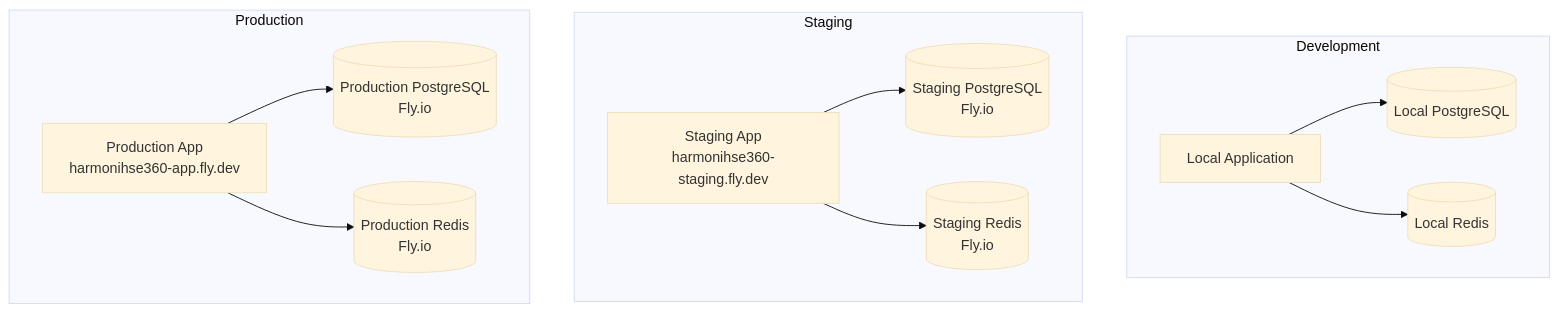
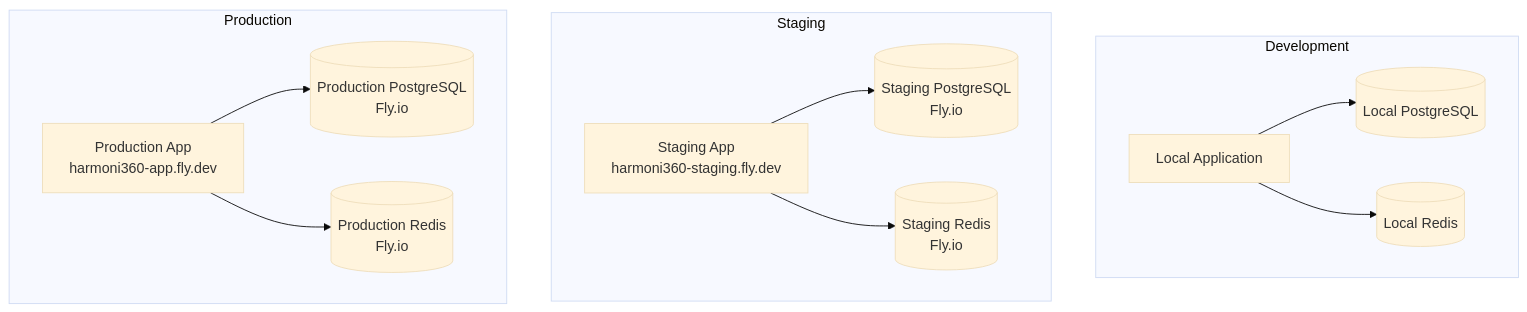
The diagram in docs/Deployment/Environment_Configuration.md (risky-biz/harmoni-hse-360), drawn with Mermaid (base theme) before and after one commit. The commit also changed other lines of this file and 842 other files, not shown here.

````diff
--- a/docs/Deployment/Environment_Configuration.md
+++ b/docs/Deployment/Environment_Configuration.md
@@ -11,27 +11,27 @@
 ```mermaid
 graph TB
     subgraph "Development"
         DEV_APP[Local Application]
         DEV_DB[(Local PostgreSQL)]
         DEV_REDIS[(Local Redis)]
     end
     
     subgraph "Staging"
-        STAGE_APP[Staging App<br/>harmonihse360-staging.fly.dev]
+        STAGE_APP[Staging App<br/>harmoni360-staging.fly.dev]
         STAGE_DB[(Staging PostgreSQL<br/>Fly.io)]
         STAGE_REDIS[(Staging Redis<br/>Fly.io)]
     end
     
     subgraph "Production"
-        PROD_APP[Production App<br/>harmonihse360-app.fly.dev]
+        PROD_APP[Production App<br/>harmoni360-app.fly.dev]
         PROD_DB[(Production PostgreSQL<br/>Fly.io)]
         PROD_REDIS[(Production Redis<br/>Fly.io)]
     end
     
     DEV_APP --> DEV_DB
     DEV_APP --> DEV_REDIS
     STAGE_APP --> STAGE_DB
     STAGE_APP --> STAGE_REDIS
     PROD_APP --> PROD_DB
     PROD_APP --> PROD_REDIS
 ```
````
